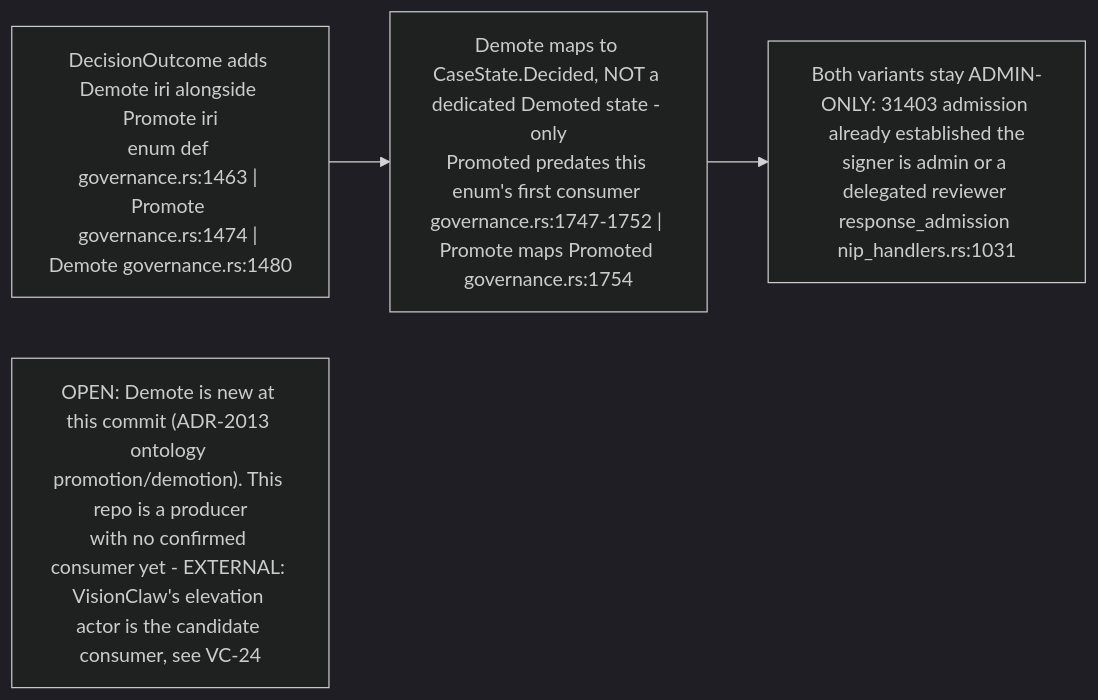
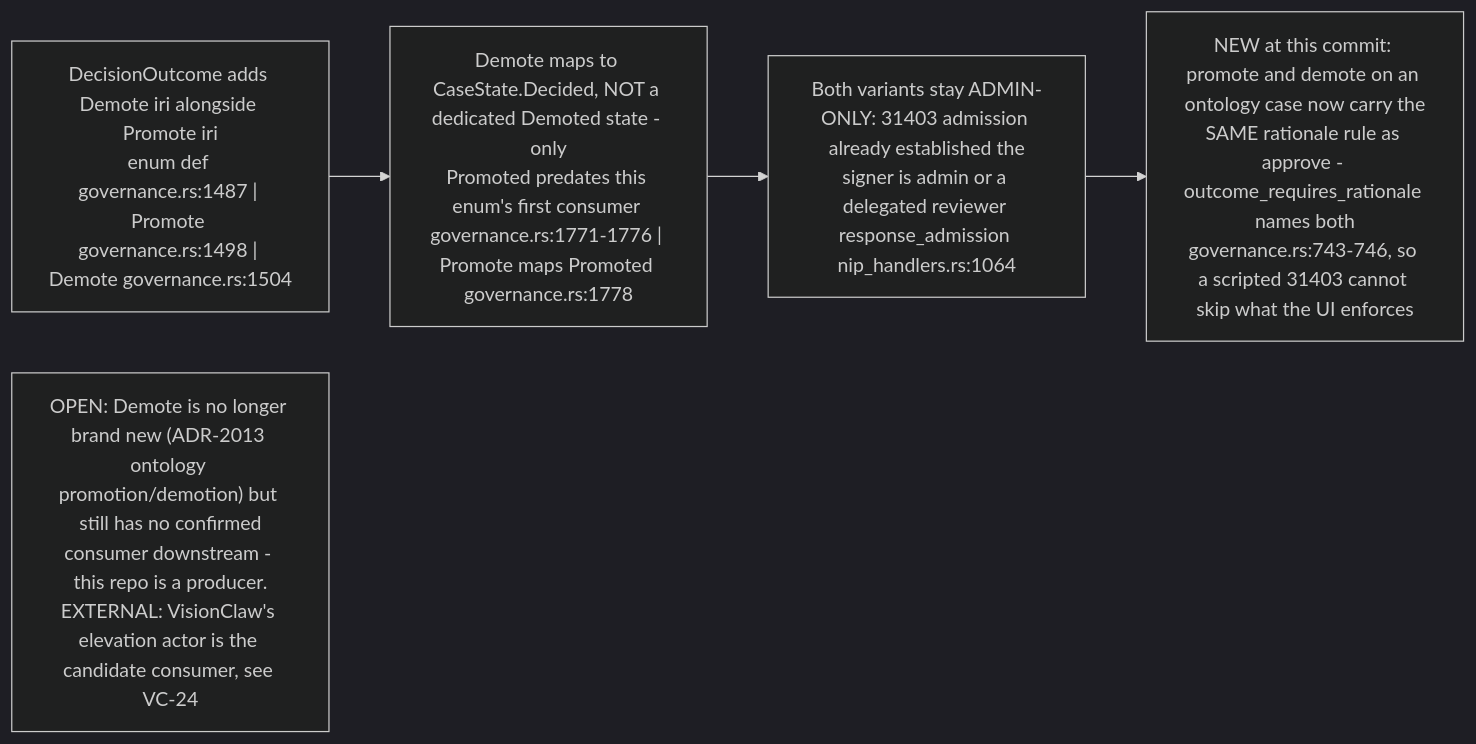
One commit to DreamLab-AI/VisionFlow changed the tenth of 10 diagrams in docs/diagrams/nostr-rust-forum/10-invariants-and-anomaly-register.md. Above: the diagram before and after it, drawn with Mermaid (dark theme). The commit also changed other lines of this file and 111 other files, not shown here.

Commit message:
docs(diagrams): align estate maps with current source

````diff
--- a/docs/diagrams/nostr-rust-forum/10-invariants-and-anomaly-register.md
+++ b/docs/diagrams/nostr-rust-forum/10-invariants-and-anomaly-register.md
@@ -209,10 +211,11 @@
 ```mermaid
 flowchart LR
-    ENUM["DecisionOutcome adds Demote iri alongside Promote iri<br/>enum def governance.rs:1463 | Promote governance.rs:1474 | Demote governance.rs:1480"]
-    STATE["Demote maps to CaseState.Decided, NOT a dedicated Demoted state - only<br/>Promoted predates this enum's first consumer governance.rs:1747-1752 | Promote maps Promoted governance.rs:1754"]
-    GATE["Both variants stay ADMIN-ONLY: 31403 admission already established the<br/>signer is admin or a delegated reviewer response_admission nip_handlers.rs:1031"]
+    ENUM["DecisionOutcome adds Demote iri alongside Promote iri<br/>enum def governance.rs:1487 | Promote governance.rs:1498 | Demote governance.rs:1504"]
+    STATE["Demote maps to CaseState.Decided, NOT a dedicated Demoted state - only<br/>Promoted predates this enum's first consumer governance.rs:1771-1776 | Promote maps Promoted governance.rs:1778"]
+    GATE["Both variants stay ADMIN-ONLY: 31403 admission already established the<br/>signer is admin or a delegated reviewer response_admission nip_handlers.rs:1064"]
+    RATIONALE["NEW at this commit: promote and demote on an ontology case now carry the<br/>SAME rationale rule as approve - outcome_requires_rationale names both<br/>governance.rs:743-746, so a scripted 31403 cannot skip what the UI enforces"]
 
-    ENUM --> STATE --> GATE
+    ENUM --> STATE --> GATE --> RATIONALE
 
-    N1["OPEN: Demote is new at this commit (ADR-2013 ontology promotion/demotion). This repo is a producer<br/>with no confirmed consumer yet - EXTERNAL: VisionClaw's elevation actor is the candidate consumer, see VC-24"]
+    N1["OPEN: Demote is no longer brand new (ADR-2013 ontology promotion/demotion) but still has no confirmed<br/>consumer downstream - this repo is a producer.<br/>EXTERNAL: VisionClaw's elevation actor is the candidate consumer, see VC-24"]
 ```
````
